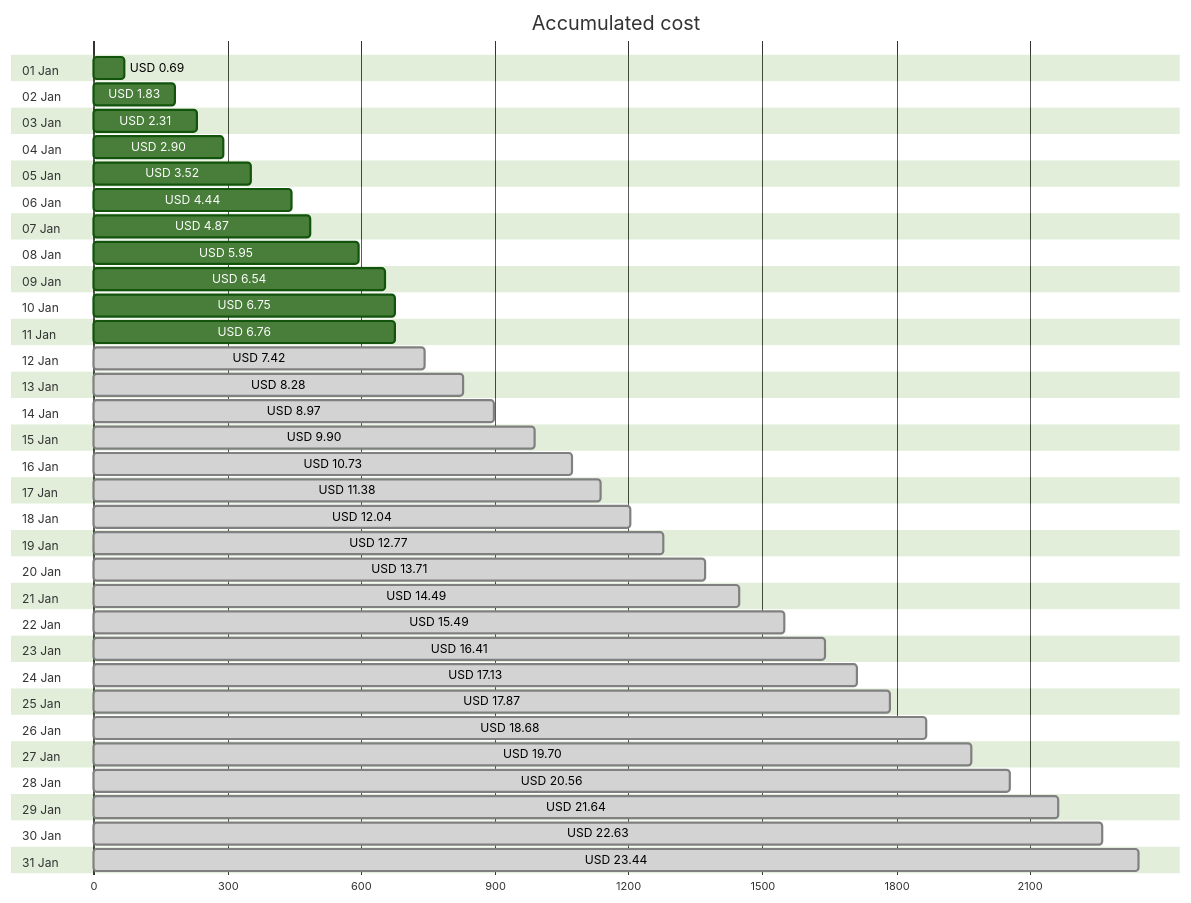
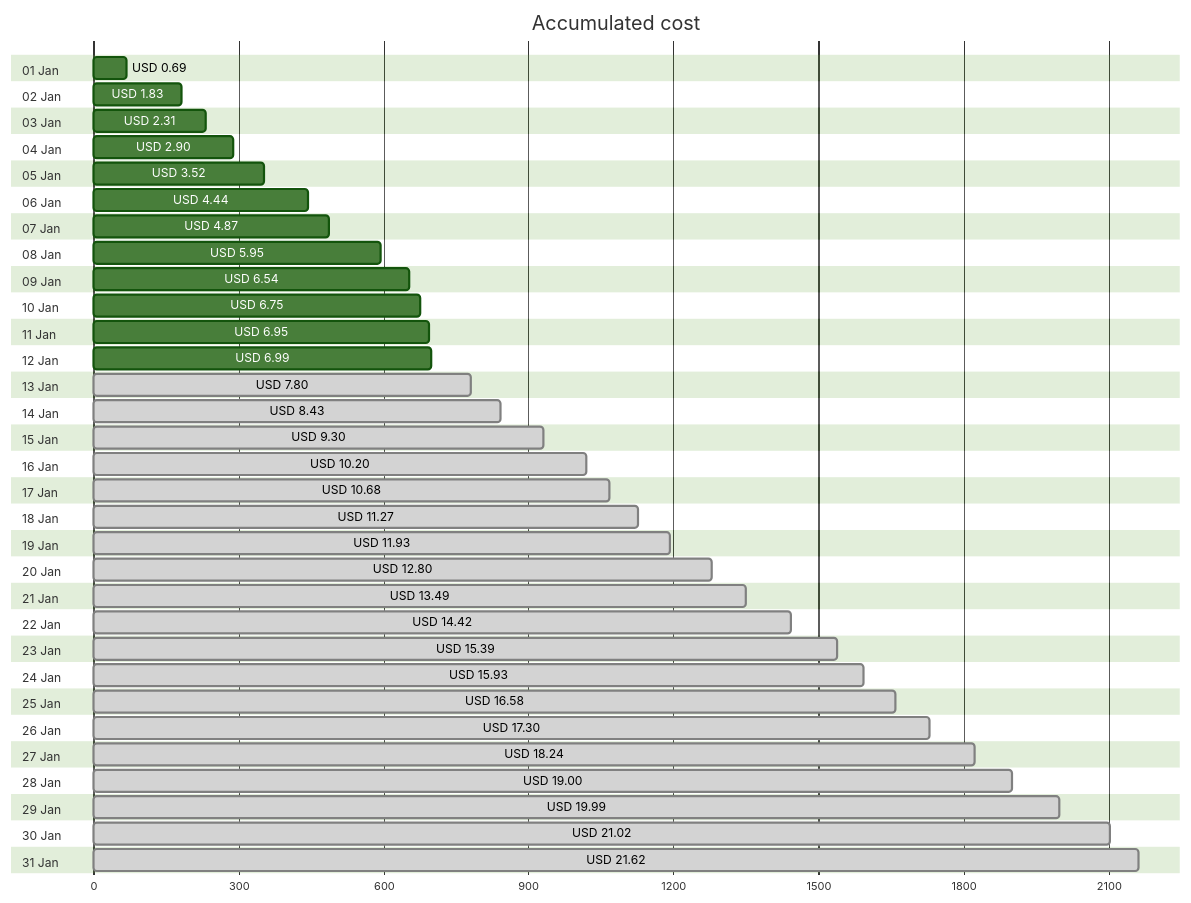
Before and after one commit to jpfulton/azure-personal-reports: the first of 4 diagrams in cost-reports/personal-network/vpn-server.md, drawn with Mermaid (forest theme). The commit also changed other lines of this file and 8 other files, not shown here.

````diff
--- a/cost-reports/personal-network/vpn-server.md
+++ b/cost-reports/personal-network/vpn-server.md
@@ -20,68 +20,68 @@
 ```mermaid
 gantt
    title Accumulated cost
    dateFormat  X
    axisFormat %s
    section 01 Jan
    USD 0.69 :0, 69
    section 02 Jan
    USD 1.83 :0, 183
    section 03 Jan
    USD 2.31 :0, 231
    section 04 Jan
    USD 2.90 :0, 290
    section 05 Jan
    USD 3.52 :0, 352
    section 06 Jan
    USD 4.44 :0, 444
    section 07 Jan
    USD 4.87 :0, 487
    section 08 Jan
    USD 5.95 :0, 595
    section 09 Jan
    USD 6.54 :0, 654
    section 10 Jan
    USD 6.75 :0, 675
    section 11 Jan
-   USD 6.76 :0, 676
+   USD 6.95 :0, 695
    section 12 Jan
-   USD 7.42 : done, 0, 742
+   USD 6.99 :0, 699
    section 13 Jan
-   USD 8.28 : done, 0, 828
+   USD 7.80 : done, 0, 780
    section 14 Jan
-   USD 8.97 : done, 0, 897
+   USD 8.43 : done, 0, 843
    section 15 Jan
-   USD 9.90 : done, 0, 990
+   USD 9.30 : done, 0, 930
    section 16 Jan
-   USD 10.73 : done, 0, 1073
+   USD 10.20 : done, 0, 1020
    section 17 Jan
-   USD 11.38 : done, 0, 1138
+   USD 10.68 : done, 0, 1068
    section 18 Jan
-   USD 12.04 : done, 0, 1204
+   USD 11.27 : done, 0, 1127
    section 19 Jan
-   USD 12.77 : done, 0, 1277
+   USD 11.93 : done, 0, 1193
    section 20 Jan
-   USD 13.71 : done, 0, 1371
+   USD 12.80 : done, 0, 1280
    section 21 Jan
-   USD 14.49 : done, 0, 1449
+   USD 13.49 : done, 0, 1349
    section 22 Jan
-   USD 15.49 : done, 0, 1549
+   USD 14.42 : done, 0, 1442
    section 23 Jan
-   USD 16.41 : done, 0, 1641
+   USD 15.39 : done, 0, 1539
    section 24 Jan
-   USD 17.13 : done, 0, 1713
+   USD 15.93 : done, 0, 1593
    section 25 Jan
-   USD 17.87 : done, 0, 1787
+   USD 16.58 : done, 0, 1658
    section 26 Jan
-   USD 18.68 : done, 0, 1868
+   USD 17.30 : done, 0, 1730
    section 27 Jan
-   USD 19.70 : done, 0, 1970
+   USD 18.24 : done, 0, 1824
    section 28 Jan
-   USD 20.56 : done, 0, 2056
+   USD 19.00 : done, 0, 1900
    section 29 Jan
-   USD 21.64 : done, 0, 2164
+   USD 19.99 : done, 0, 1999
    section 30 Jan
-   USD 22.63 : done, 0, 2263
+   USD 21.02 : done, 0, 2102
    section 31 Jan
-   USD 23.44 : done, 0, 2344
+   USD 21.62 : done, 0, 2162
 ```
````
